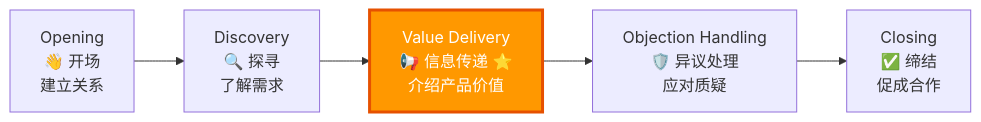
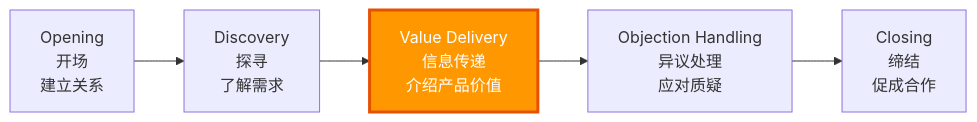
One commit to xt765/UMU-Sales-Trainer changed the second of 15 diagrams in README.md. Above: the diagram before and after it, drawn with Mermaid. The commit also changed other lines of this file and 3 other files, not shown here.

Commit message:
docs: 修复技术栈全景图布局 - 子图垂直堆叠 + 去除emoji

````diff
--- a/README.md
+++ b/README.md
@@ -88,9 +88,9 @@
 ```mermaid
 flowchart LR
-    A["Opening<br>👋 开场<br>建立关系"] --> B["Discovery<br>🔍 探寻<br>了解需求"]
-    B --> C["Value Delivery<br>📢 信息传递 ⭐<br>介绍产品价值"]
-    C --> D["Objection Handling<br>🛡️ 异议处理<br>应对质疑"]
-    D --> E["Closing<br>✅ 缔结<br>促成合作"]
+    A["Opening<br>开场<br>建立关系"] --> B["Discovery<br>探寻<br>了解需求"]
+    B --> C["Value Delivery<br>信息传递<br>介绍产品价值"]
+    C --> D["Objection Handling<br>异议处理<br>应对质疑"]
+    D --> E["Closing<br>缔结<br>促成合作"]
     
     style C fill:#FF9800,stroke:#E65100,color:#fff,stroke-width:3px
 ```
````
